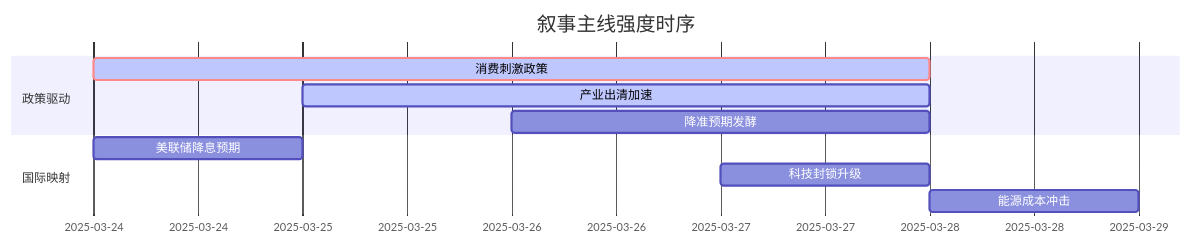
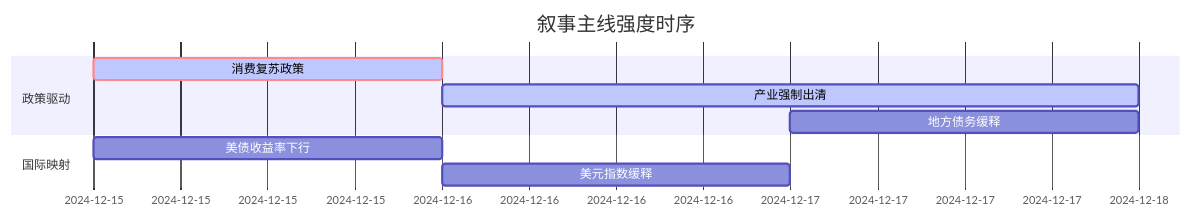
One commit to uu5zn/uu5zn.github.io changed the diagram in 5day_report.md. Above: the diagram before and after it, drawn with Mermaid. The commit also changed other lines of this file and 18 other files, not shown here.

````diff
--- a/5day_report.md
+++ b/5day_report.md
@@ -56,14 +53,13 @@
 ```mermaid
 gantt
     title 叙事主线强度时序
     dateFormat  YYYY-MM-DD
     section 政策驱动
-    消费刺激政策   :crit, active, 2025-03-24, 4d
-    产业出清加速   :active, 2025-03-25, 3d
-    降准预期发酵   :2025-03-26, 2d
+    消费复苏政策   :crit, active, 2024-12-15, 1d
+    产业强制出清   :active, 2024-12-16, 2d
+    地方债务缓释   :2024-12-17, 1d
     
     section 国际映射
-    美联储降息预期   :2025-03-24, 1d
-    科技封锁升级   :2025-03-27, 1d
-    能源成本冲击   :2025-03-28, 1d
+    美债收益率下行   :2024-12-15, 1d
+    美元指数缓释   :2024-12-16, 1d
 ```
````
